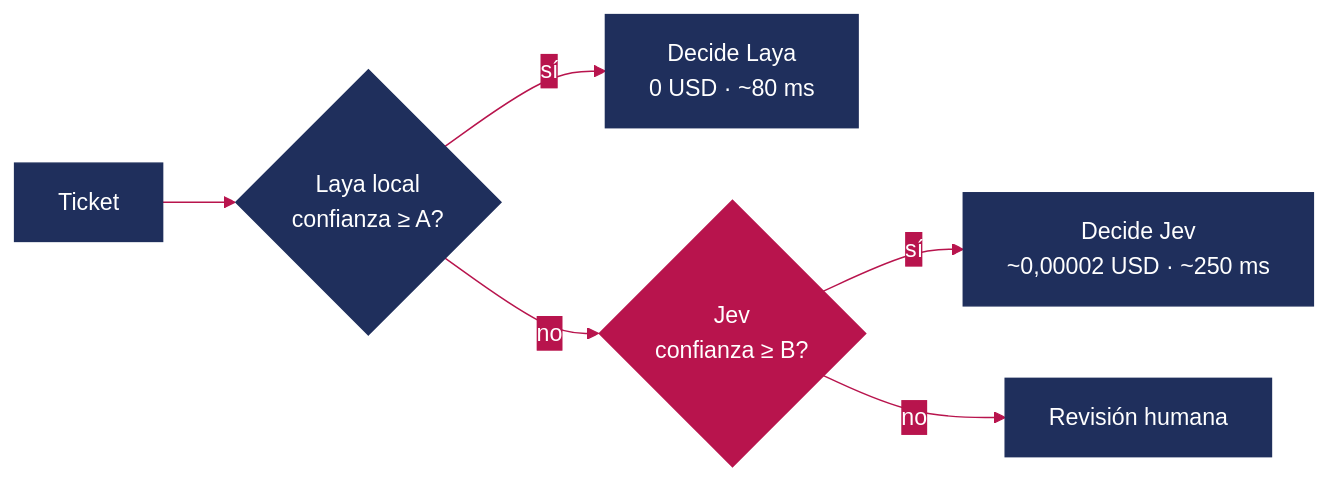
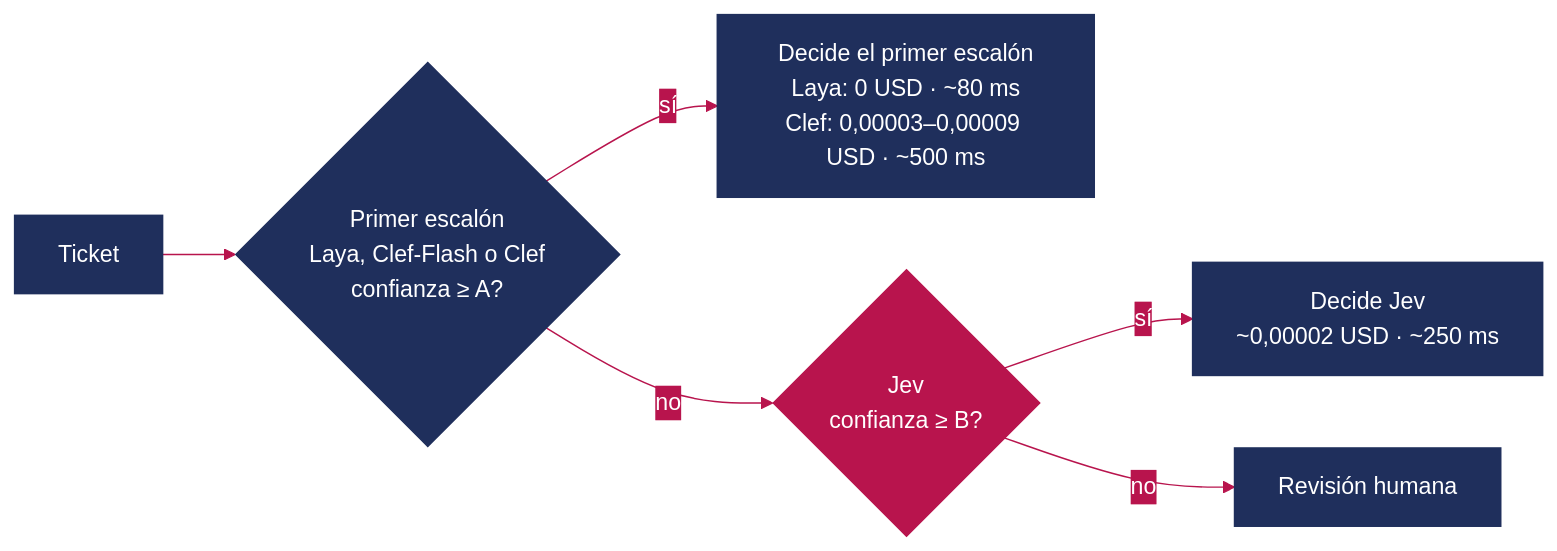
One commit to VirtualCave/jev-article changed the fourth of 5 diagrams in README.md. Above: the diagram before and after it, drawn with Mermaid. The commit also changed other lines of this file and 72 other files, not shown here.

````diff
--- a/README.md
+++ b/README.md
@@ -427,11 +452,11 @@
 ```mermaid
 %%{init: {"theme": "base", "themeVariables": {"primaryColor": "#1F2F5C", "primaryTextColor": "#FFFFFF", "primaryBorderColor": "#1F2F5C", "lineColor": "#B8144D", "secondaryColor": "#B8144D", "tertiaryColor": "#EEF1F8", "clusterBkg": "#EEF1F8", "clusterBorder": "#1F2F5C", "edgeLabelBackground": "#B8144D"}}}%%
 flowchart LR
-    T["Ticket"] --> L{"Laya local<br/>confianza ≥ A?"}
-    L -- sí --> OK1["Decide Laya<br/>0 USD · ~80 ms"]
-    L -- no --> J{"Jev<br/>confianza ≥ B?"}
+    T["Ticket"] --> C{"Primer escalón<br/>Laya, Clef-Flash o Clef<br/>confianza ≥ A?"}
+    C -- sí --> OK1["Decide el primer escalón<br/>Laya: 0 USD · ~80 ms<br/>Clef: 0,00003–0,00009 USD · ~500 ms"]
+    C -- no --> J{"Jev<br/>confianza ≥ B?"}
     J -- sí --> OK2["Decide Jev<br/>~0,00002 USD · ~250 ms"]
     J -- no --> H["Revisión humana"]
     classDef jev fill:#B8144D,stroke:#B8144D,color:#FFFFFF
     class J jev
 ```
````
